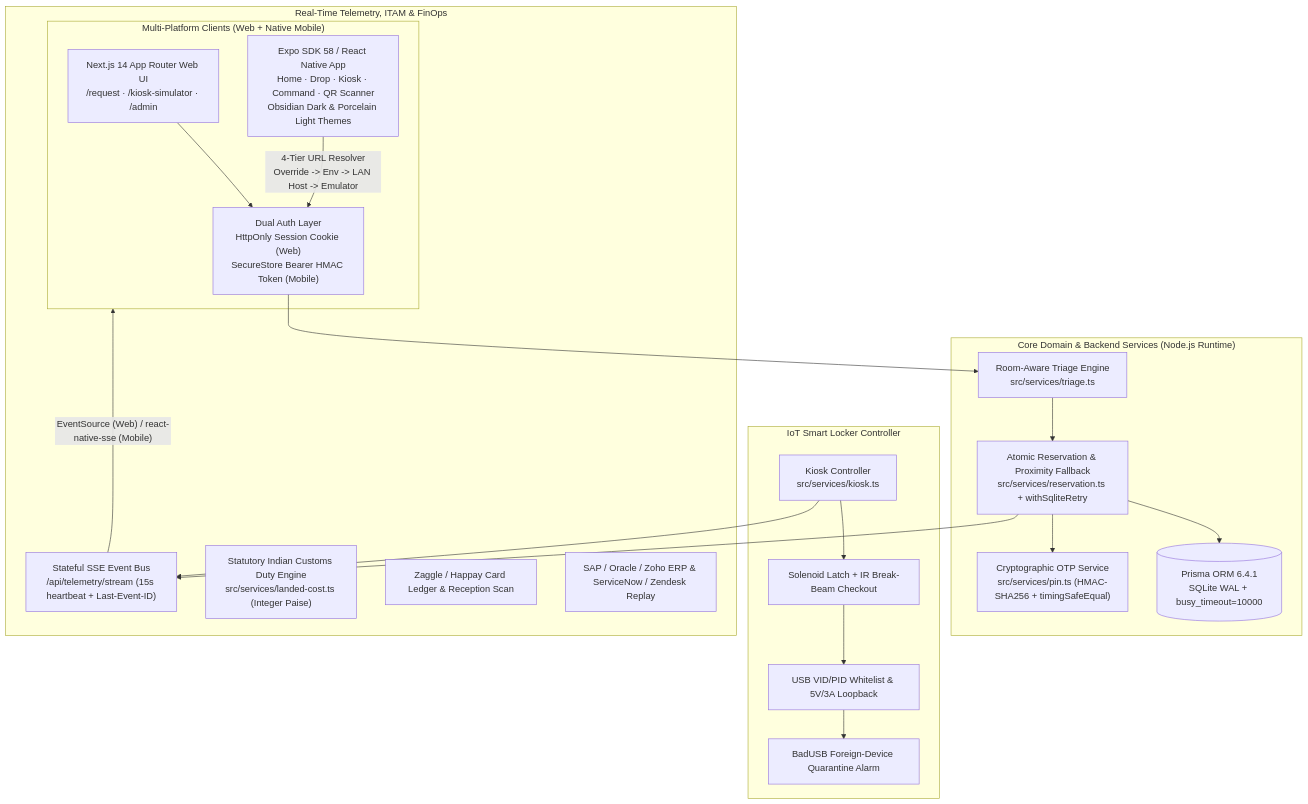
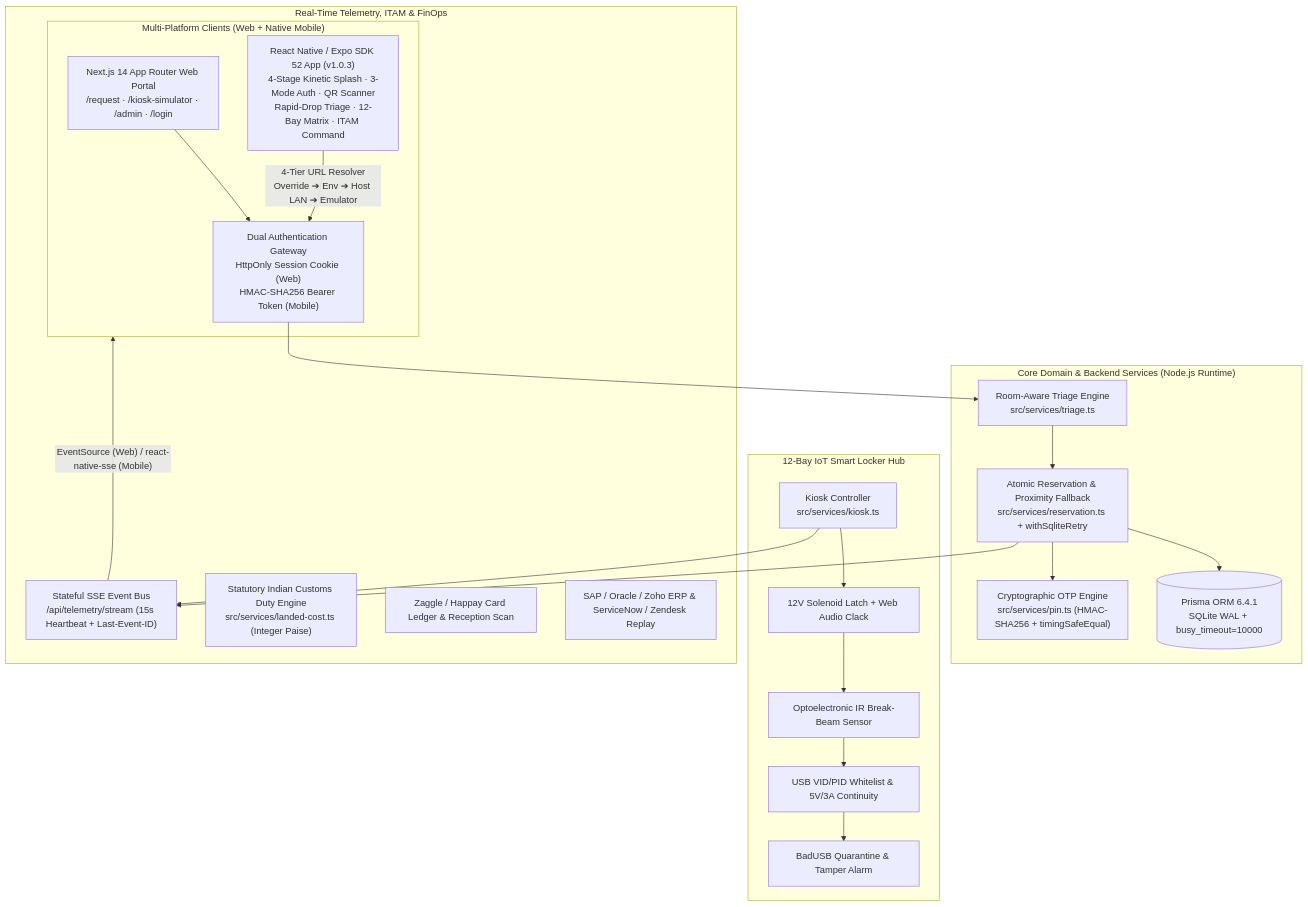
Before and after one commit to AgrShubham/kioskdrop-mobile: the diagram in README.md, drawn with Mermaid. The commit also changed other lines of this file and 2 other files, not shown here.

````diff
--- a/README.md
+++ b/README.md
@@ -91,35 +87,36 @@
 ```mermaid
 flowchart TD
     subgraph Clients["Multi-Platform Clients (Web + Native Mobile)"]
-        WebUI["Next.js 14 App Router Web UI<br/>/request · /kiosk-simulator · /admin"]
-        MobileUI["Expo SDK 58 / React Native App<br/>Home · Drop · Kiosk · Command · QR Scanner<br/>Obsidian Dark & Porcelain Light Themes"]
-        AuthBridge["Dual Auth Layer<br/>HttpOnly Session Cookie (Web)<br/>SecureStore Bearer HMAC Token (Mobile)"]
+        WebUI["Next.js 14 App Router Web Portal<br/>/request · /kiosk-simulator · /admin · /login"]
+        MobileUI["React Native / Expo SDK 52 App (v1.0.3)<br/>4-Stage Kinetic Splash · 3-Mode Auth · QR Scanner<br/>Rapid-Drop Triage · 12-Bay Matrix · ITAM Command"]
+        AuthBridge["Dual Authentication Gateway<br/>HttpOnly Session Cookie (Web)<br/>HMAC-SHA256 Bearer Token (Mobile)"]
         WebUI --> AuthBridge
-        MobileUI -->|"4-Tier URL Resolver<br/>Override -> Env -> LAN Host -> Emulator"| AuthBridge
+        MobileUI -->|"4-Tier URL Resolver<br/>Override ➔ Env ➔ Host LAN ➔ Emulator"| AuthBridge
     end
 
     subgraph CoreEngine["Core Domain & Backend Services (Node.js Runtime)"]
         AuthBridge --> Triage["Room-Aware Triage Engine<br/>src/services/triage.ts"]
         Triage --> Reservation["Atomic Reservation & Proximity Fallback<br/>src/services/reservation.ts + withSqliteRetry"]
-        Reservation --> PinSvc["Cryptographic OTP Service<br/>src/services/pin.ts (HMAC-SHA256 + timingSafeEqual)"]
+        Reservation --> PinSvc["Cryptographic OTP Engine<br/>src/services/pin.ts (HMAC-SHA256 + timingSafeEqual)"]
         Reservation --> DB[("Prisma ORM 6.4.1<br/>SQLite WAL + busy_timeout=10000")]
     end
 
-    subgraph KioskHardware["IoT Smart Locker Controller"]
+    subgraph KioskHardware["12-Bay IoT Smart Locker Hub"]
         KioskCtrl["Kiosk Controller<br/>src/services/kiosk.ts"]
-        Solenoid["Solenoid Latch + IR Break-Beam Checkout"]
-        USBProbe["USB VID/PID Whitelist & 5V/3A Loopback"]
-        BadUSB["BadUSB Foreign-Device Quarantine Alarm"]
-        KioskCtrl --> Solenoid --> USBProbe --> BadUSB
+        Solenoid["12V Solenoid Latch + Web Audio Clack"]
+        IRSensor["Optoelectronic IR Break-Beam Sensor"]
+        USBProbe["USB VID/PID Whitelist & 5V/3A Continuity"]
+        BadUSB["BadUSB Quarantine & Tamper Alarm"]
+        KioskCtrl --> Solenoid --> IRSensor --> USBProbe --> BadUSB
     end
 
     subgraph CommandCenter["Real-Time Telemetry, ITAM & FinOps"]
-        SSEBus["Stateful SSE Event Bus<br/>/api/telemetry/stream (15s heartbeat + Last-Event-ID)"]
+        SSEBus["Stateful SSE Event Bus<br/>/api/telemetry/stream (15s Heartbeat + Last-Event-ID)"]
         DutyEngine["Statutory Indian Customs Duty Engine<br/>src/services/landed-cost.ts (Integer Paise)"]
         FinOps["Zaggle / Happay Card Ledger & Reception Scan"]
         ERPWebhooks["SAP / Oracle / Zoho ERP & ServiceNow / Zendesk Replay"]
         KioskCtrl --> SSEBus
         Reservation --> SSEBus
         SSEBus -->|"EventSource (Web) / react-native-sse (Mobile)"| Clients
     end
 ```
````
